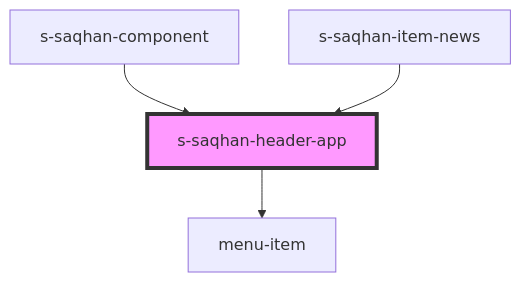
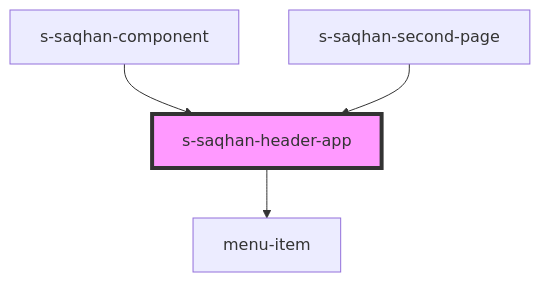
Before and after one commit to saqhan/stencil: the diagram in src/components/res/view/s-saqhan-header-app/readme.md, drawn with Mermaid. The commit also changed other lines of this file and 26 other files, not shown here.

Commit message:
add second page

````diff
--- a/src/components/res/view/s-saqhan-header-app/readme.md
+++ b/src/components/res/view/s-saqhan-header-app/readme.md
@@ -38,7 +38,7 @@
 ```mermaid
 graph TD;
   s-saqhan-header-app --> menu-item
   s-saqhan-component --> s-saqhan-header-app
-  s-saqhan-item-news --> s-saqhan-header-app
+  s-saqhan-second-page --> s-saqhan-header-app
   style s-saqhan-header-app fill:#f9f,stroke:#333,stroke-width:4px
 ```
````
